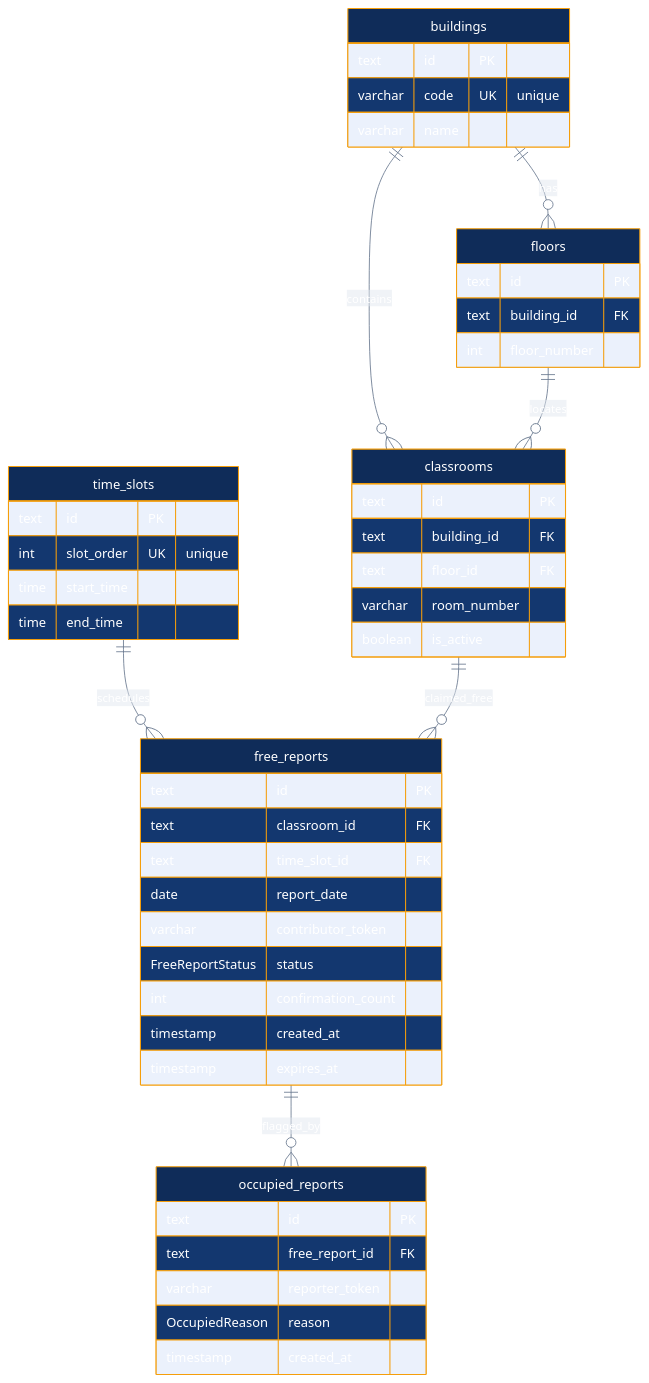
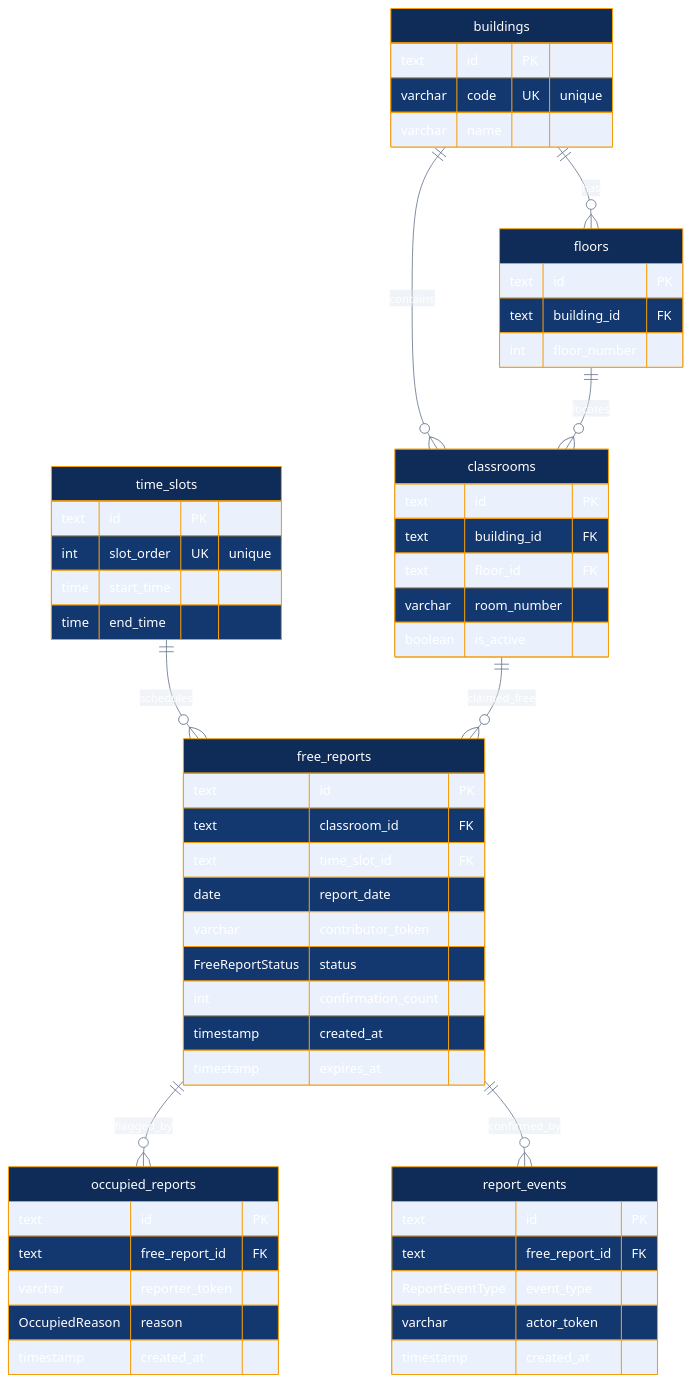
One commit to NIKHILESHGANESHAN/SRM-Classroom-Finder changed the diagram in docs/ER-diagram.mmd. Above: the diagram before and after it, drawn with Mermaid. The commit also changed 24 other files, not shown here.

```diff
--- a/docs/ER-diagram.mmd
+++ b/docs/ER-diagram.mmd
@@ -1,78 +1,88 @@
 %%{
   init: {
     "theme": "base",
     "themeVariables": {
       "primaryColor": "#0F2C59",
       "primaryTextColor": "#ffffff",
       "primaryBorderColor": "#F59E0B",
       "lineColor": "#64748b",
       "secondaryColor": "#f8fafc",
       "tertiaryColor": "#e2e8f0"
     }
   }
 }%%
 erDiagram
   %% SRM KTR Classroom Finder — Entity-Relationship diagram
   %% Cardinalities: ||--o{  one-to-many ; }o--||  many-to-one
 
   buildings {
     text id PK
     varchar code UK "unique"
     varchar name
   }
 
   floors {
     text id PK
     text building_id FK
     int floor_number
   }
 
   time_slots {
     text id PK
     int slot_order UK "unique"
     time start_time
     time end_time
   }
 
   classrooms {
     text id PK
     text building_id FK
     text floor_id FK
     varchar room_number
     boolean is_active
   }
 
   free_reports {
     text id PK
     text classroom_id FK
     text time_slot_id FK
     date report_date
     varchar contributor_token
     FreeReportStatus status
     int confirmation_count
     timestamp created_at
     timestamp expires_at
   }
 
   occupied_reports {
     text id PK
     text free_report_id FK
     varchar reporter_token
     OccupiedReason reason
     timestamp created_at
   }
 
+  report_events {
+    text id PK
+    text free_report_id FK
+    ReportEventType event_type
+    varchar actor_token
+    timestamp created_at
+  }
+
   buildings ||--o{ floors : "has"
   buildings ||--o{ classrooms : "contains"
   floors ||--o{ classrooms : "locates"
   time_slots ||--o{ free_reports : "schedules"
   classrooms ||--o{ free_reports : "claimed_free"
   free_reports ||--o{ occupied_reports : "flagged_by"
+  free_reports ||--o{ report_events : "confirmed_by"
 
   %% Notes (not drawable as FK edges in Mermaid):
   %% - UNIQUE (floors.building_id, floors.floor_number)
   %% - UNIQUE (floors.id, floors.building_id) supports composite FK
   %% - classrooms (floor_id, building_id) → floors (id, building_id)
   %% - UNIQUE free_reports (classroom_id, time_slot_id, report_date)
   %% - UNIQUE occupied_reports (free_report_id, reporter_token)
+  %% - UNIQUE report_events (free_report_id, actor_token)
   %% - classrooms is_active soft-retire (V2.1 inventory)
```
